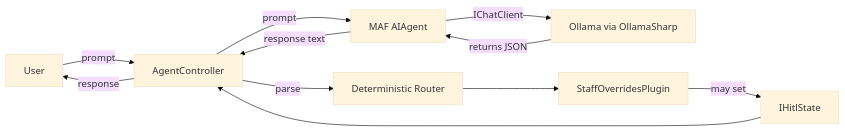
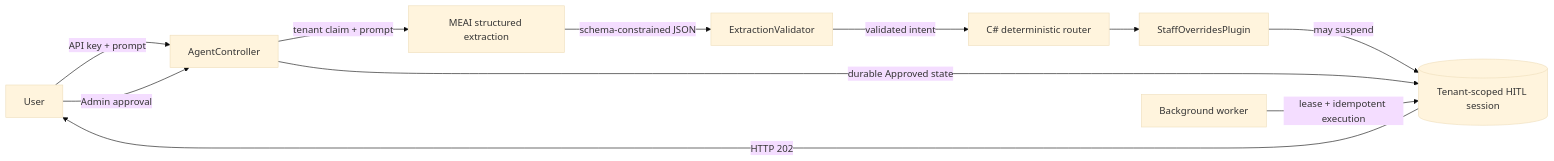
The diagram in README.md (emimaldo/agentic-workflow-poc), drawn with Mermaid (base theme) before and after one commit. The commit also changed other lines of this file and 31 other files, not shown here.

First line of the commit message:
feat(hitl): tenant-scoped HITL sessions, durable work queue, API-key auth

````diff
--- a/README.md
+++ b/README.md
@@ -87,13 +101,13 @@
 ```mermaid
 flowchart LR
-  User -->|prompt| API[AgentController]
-  API -->|prompt| Agent[MAF AIAgent]
-  Agent -->|IChatClient| Ollama[Ollama via OllamaSharp]
-  Ollama -->|returns JSON| Agent
-  Agent -->|response text| API
-  API -->|parse| Router[Deterministic Router]
+  User -->|API key + prompt| API[AgentController]
+  API -->|tenant claim + prompt| Extractor[MEAI structured extraction]
+  Extractor -->|schema-constrained JSON| Validator[ExtractionValidator]
+  Validator -->|validated intent| Router[C# deterministic router]
   Router --> Plugin[StaffOverridesPlugin]
-  Plugin -->|may set| HITL[IHitlState]
-  HITL --> API
-  API -->|response| User
+  Plugin -->|may suspend| HITL[(Tenant-scoped HITL session)]
+  HITL -->|HTTP 202| User
+  User -->|Admin approval| API
+  API -->|durable Approved state| HITL
+  Worker[Background worker] -->|lease + idempotent execution| HITL
 ```
````
